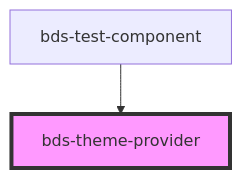
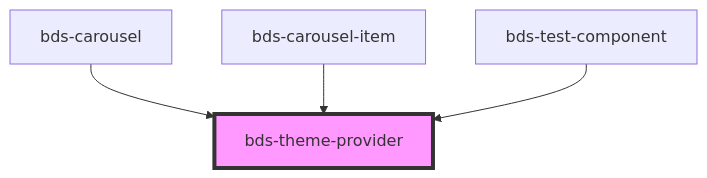
Before and after one commit to takenet/blip-ds: the diagram in src/components/theme-provider/readme.md, drawn with Mermaid. The commit also changed other lines of this file and 10 other files, not shown here.

````diff
--- a/src/components/theme-provider/readme.md
+++ b/src/components/theme-provider/readme.md
@@ -22,5 +24,7 @@
 ```mermaid
 graph TD;
+  bds-carousel --> bds-theme-provider
+  bds-carousel-item --> bds-theme-provider
   bds-test-component --> bds-theme-provider
   style bds-theme-provider fill:#f9f,stroke:#333,stroke-width:4px
 ```
````
